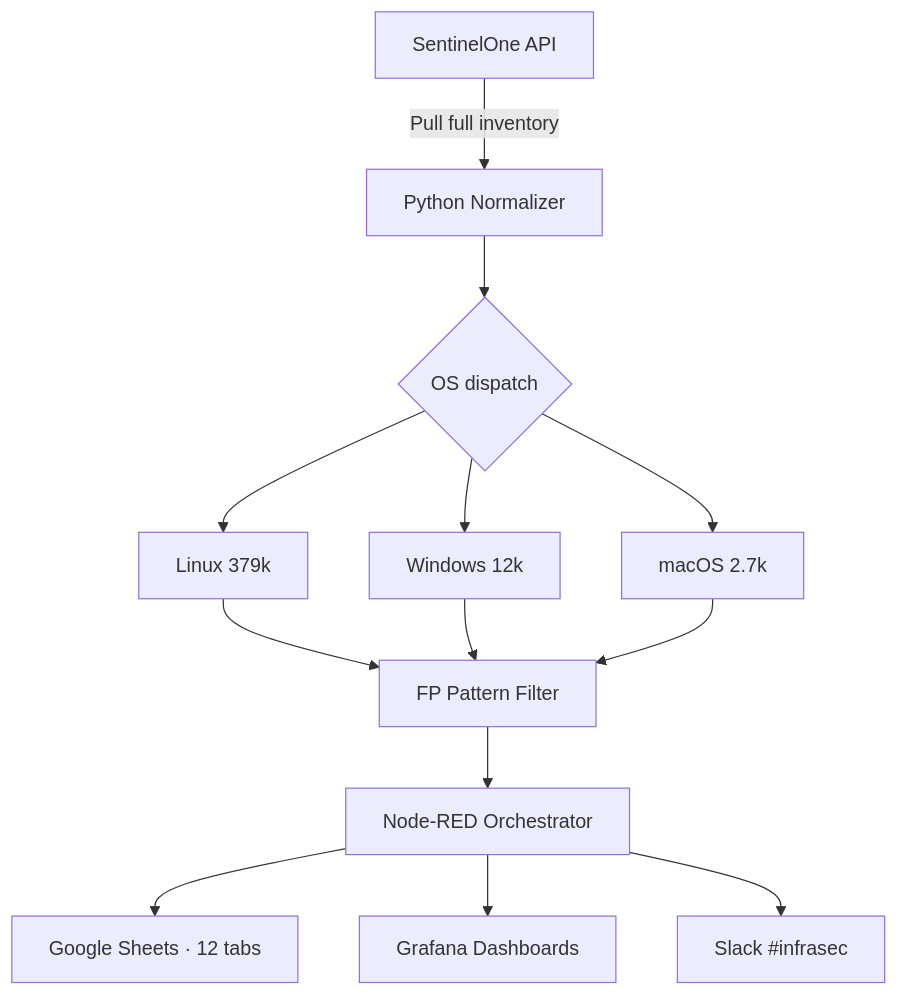
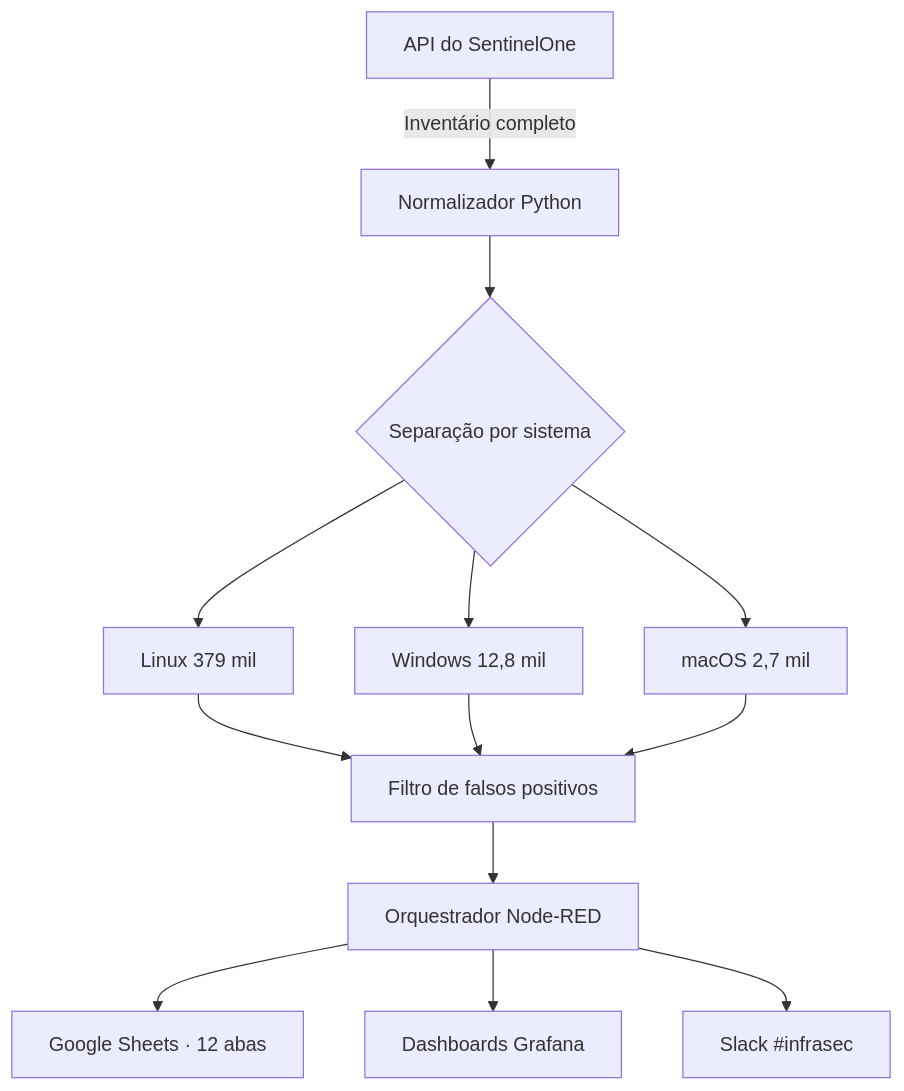
One commit to CHDevSec/portfolio changed the diagram in src/content/projects/pt/s1-vuln-sync.mdx. Above: the diagram before and after it, drawn with Mermaid. The commit also changed other lines of this file and 169 other files, not shown here.

````diff
--- a/src/content/projects/pt/s1-vuln-sync.mdx
+++ b/src/content/projects/pt/s1-vuln-sync.mdx
@@ -39,15 +55,15 @@
 ```mermaid
 flowchart TB
-    A[SentinelOne API] -->|Pull full inventory| B[Python Normalizer]
-    B --> C{OS dispatch}
-    C --> D[Linux 379k]
-    C --> E[Windows 12k]
-    C --> F[macOS 2.7k]
-    D --> G[FP Pattern Filter]
+    A[API do SentinelOne] -->|Inventário completo| B[Normalizador Python]
+    B --> C{Separação por sistema}
+    C --> D[Linux 379 mil]
+    C --> E[Windows 12,8 mil]
+    C --> F[macOS 2,7 mil]
+    D --> G[Filtro de falsos positivos]
     E --> G
     F --> G
-    G --> H[Node-RED Orchestrator]
-    H --> I[Google Sheets · 12 tabs]
-    H --> J[Grafana Dashboards]
+    G --> H[Orquestrador Node-RED]
+    H --> I[Google Sheets · 12 abas]
+    H --> J[Dashboards Grafana]
     H --> K[Slack #infrasec]
 ```
````
